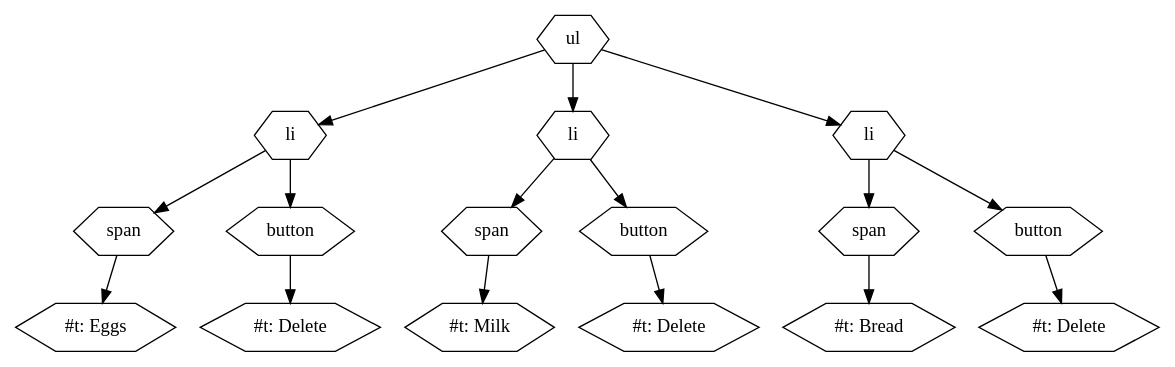
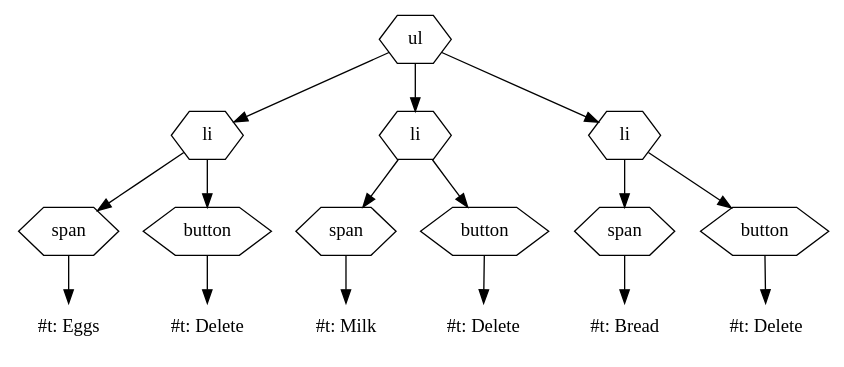
The second of 4 diagrams in courseware/week2/shopping/shopping.org (nikclayton/web-courseware), drawn with Graphviz before and after one commit. The commit also changed other lines of this file, not shown here.

```diff
--- a/courseware/week2/shopping/shopping.org
+++ b/courseware/week2/shopping/shopping.org
@@ -1084,39 +1093,39 @@
  #+BEGIN_SRC dot :file list-item-graph2.svg :cmdline -Tsvg -Gstylesheet=../../graphviz.css
  digraph G {
    node [shape="hexagon"];
 
    ul -> {li1, li2, li3};
    li1 [label="li"];
    li1 -> span1
    li1 -> button1
 
    span1 [label="span"];
    span1 -> span_content1;
-   span_content1 [label="#t: Eggs"];
+   span_content1 [label="#t: Eggs" shape=none];
    button1 [label="button"];
    button1 -> button_content1;
-   button_content1 [label="#t: Delete"];
+   button_content1 [label="#t: Delete" shape=none];
 
    li2 [label="li"];
    li2 -> span2
    li2 -> button2
 
    span2 [label="span"];
    span2 -> span_content2;
-   span_content2 [label="#t: Milk"];
+   span_content2 [label="#t: Milk" shape=none];
    button2 [label="button"];
    button2 -> button_content2;
-   button_content2 [label="#t: Delete"];
+   button_content2 [label="#t: Delete" shape=none];
 
    li3 [label="li"];
    li3 -> span3
    li3 -> button3
 
    span3 [label="span"];
    span3 -> span_content3;
-   span_content3 [label="#t: Bread"];
+   span_content3 [label="#t: Bread" shape=none];
    button3 [label="button"];
    button3 -> button_content3;
-   button_content3 [label="#t: Delete"];
+   button_content3 [label="#t: Delete" shape=none];
  }
  #+END_SRC
```
